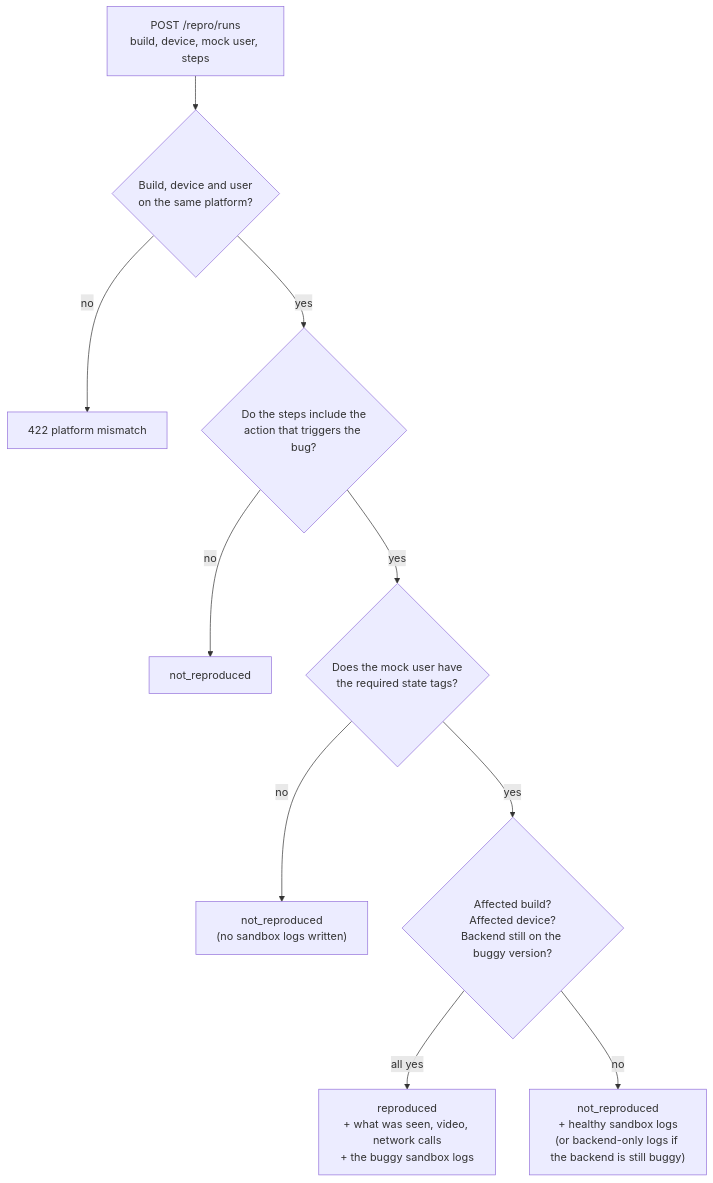
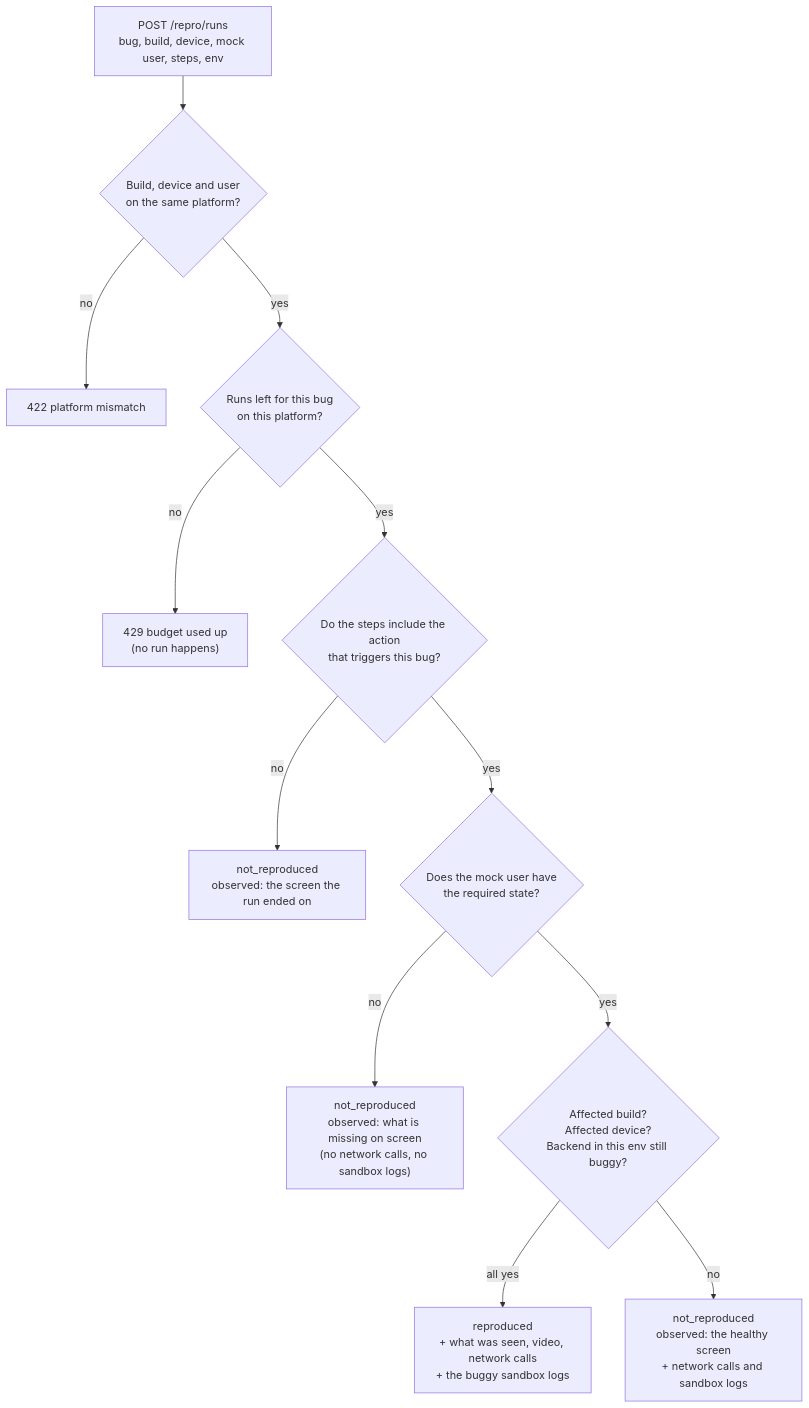
One commit to Pranav108/tracesquad changed the second of 8 diagrams in docs/SYSTEM.md. Above: the diagram before and after it, drawn with Mermaid. The commit also changed other lines of this file and 57 other files, not shown here.

````diff
--- a/docs/SYSTEM.md
+++ b/docs/SYSTEM.md
@@ -190,12 +211,14 @@
 ```mermaid
 flowchart TD
-    run["POST /repro/runs<br/>build, device, mock user, steps"] --> plat{"Build, device and user<br/>on the same platform?"}
+    run["POST /repro/runs<br/>bug, build, device, mock user, steps, env"] --> plat{"Build, device and user<br/>on the same platform?"}
     plat -- no --> e422["422 platform mismatch"]
-    plat -- yes --> trig{"Do the steps include the<br/>action that triggers the bug?"}
-    trig -- no --> nr["not_reproduced"]
-    trig -- yes --> tags{"Does the mock user have<br/>the required state tags?"}
-    tags -- no --> nr2["not_reproduced<br/>(no sandbox logs written)"]
-    tags -- yes --> cond{"Affected build?<br/>Affected device?<br/>Backend still on the buggy version?"}
+    plat -- yes --> budget{"Runs left for this bug<br/>on this platform?"}
+    budget -- no --> e429["429 budget used up<br/>(no run happens)"]
+    budget -- yes --> trig{"Do the steps include the action<br/>that triggers this bug?"}
+    trig -- no --> nr["not_reproduced<br/>observed: the screen the run ended on"]
+    trig -- yes --> tags{"Does the mock user have<br/>the required state?"}
+    tags -- no --> nr2["not_reproduced<br/>observed: what is missing on screen<br/>(no network calls, no sandbox logs)"]
+    tags -- yes --> cond{"Affected build?<br/>Affected device?<br/>Backend in this env still buggy?"}
     cond -- all yes --> rep["reproduced<br/>+ what was seen, video, network calls<br/>+ the buggy sandbox logs"]
-    cond -- no --> ok["not_reproduced<br/>+ healthy sandbox logs<br/>(or backend-only logs if the backend is still buggy)"]
+    cond -- no --> ok["not_reproduced<br/>observed: the healthy screen<br/>+ network calls and sandbox logs"]
 ```
````
